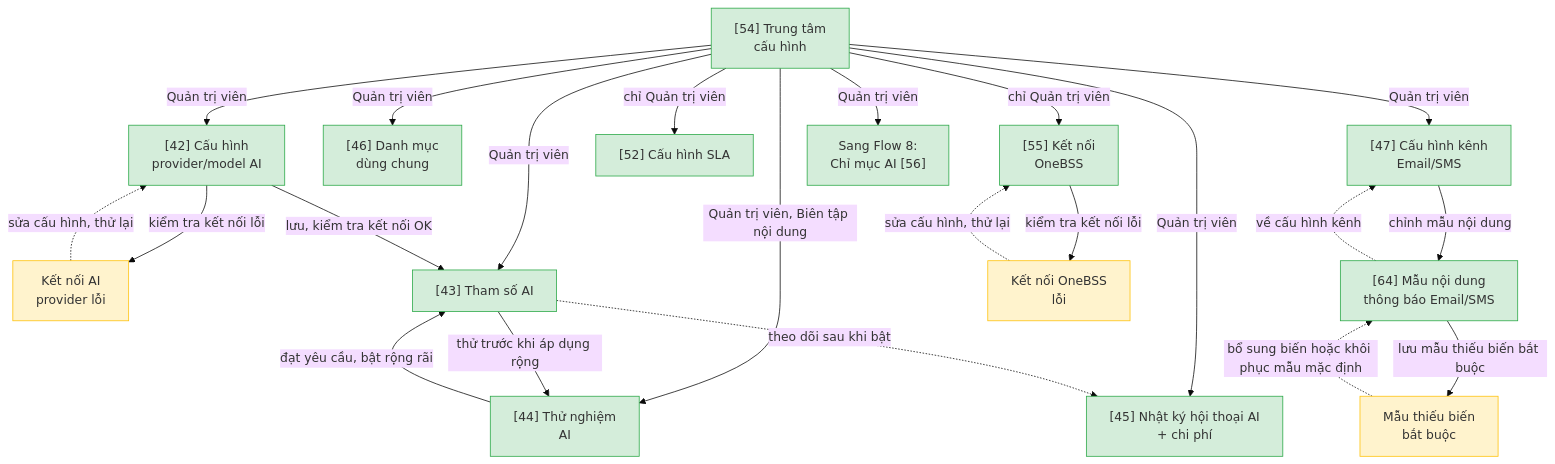
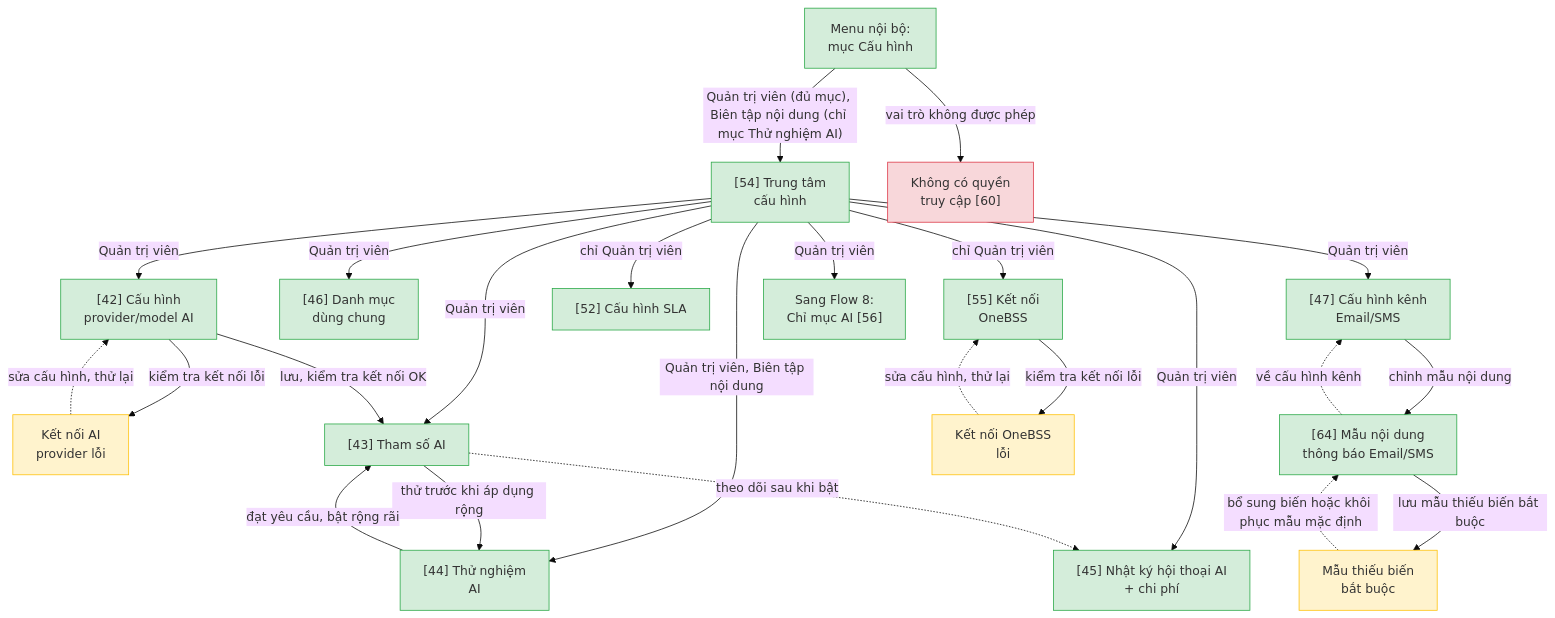
Before and after one commit to mynguyencnttpx-alt/workspace-vnpt-ioffice: the ninth of 12 diagrams in docs/ho-tro-cskh/srs/ho-tro-cskh-userflow.md, drawn with Mermaid (base theme). The commit also changed other lines of this file and 1 other file, not shown here.

Commit message:
Userflow và ASCII: thêm lối vào [54] Trung tâm cấu hình từ menu và lối quay về từ các màn cấu hình con

````diff
--- a/docs/ho-tro-cskh/srs/ho-tro-cskh-userflow.md
+++ b/docs/ho-tro-cskh/srs/ho-tro-cskh-userflow.md
@@ -353,47 +353,52 @@
 ```mermaid
 flowchart TD
+    f9menu["Menu nội bộ:<br/>mục Cấu hình"]
     f9hub["[54] Trung tâm<br/>cấu hình"]
+    f9403["Không có quyền<br/>truy cập [60]"]
     f9n1["[42] Cấu hình<br/>provider/model AI"]
     f9edge1["Kết nối AI<br/>provider lỗi"]
     f9n2["[43] Tham số AI"]
     f9n3["[44] Thử nghiệm<br/>AI"]
     f9n4["[45] Nhật ký hội thoại AI<br/>+ chi phí"]
     f9n5["[46] Danh mục<br/>dùng chung"]
     f9n6["[47] Cấu hình kênh<br/>Email/SMS"]
     f9n8["[52] Cấu hình SLA"]
     f9n9["[55] Kết nối<br/>OneBSS"]
     f9n10["[64] Mẫu nội dung<br/>thông báo Email/SMS"]
     f9edge2["Kết nối OneBSS<br/>lỗi"]
     f9edge3["Mẫu thiếu biến<br/>bắt buộc"]
     f9kb["Sang Flow 8:<br/>Chỉ mục AI [56]"]
 
+    f9menu -->|"Quản trị viên (đủ mục), Biên tập nội dung (chỉ mục Thử nghiệm AI)"| f9hub
+    f9menu -->|"vai trò không được phép"| f9403
     f9hub -->|"Quản trị viên"| f9n1
     f9hub -->|"Quản trị viên"| f9n2
     f9hub -->|"Quản trị viên, Biên tập nội dung"| f9n3
     f9hub -->|"Quản trị viên"| f9n4
     f9hub -->|"Quản trị viên"| f9n5
     f9hub -->|"Quản trị viên"| f9n6
     f9hub -->|"chỉ Quản trị viên"| f9n8
     f9hub -->|"chỉ Quản trị viên"| f9n9
     f9hub -->|"Quản trị viên"| f9kb
     f9n1 -->|"lưu, kiểm tra kết nối OK"| f9n2
     f9n1 -->|"kiểm tra kết nối lỗi"| f9edge1
     f9edge1 -.->|"sửa cấu hình, thử lại"| f9n1
     f9n2 -->|"thử trước khi áp dụng rộng"| f9n3
     f9n3 -->|"đạt yêu cầu, bật rộng rãi"| f9n2
     f9n2 -.->|"theo dõi sau khi bật"| f9n4
     f9n9 -->|"kiểm tra kết nối lỗi"| f9edge2
     f9edge2 -.->|"sửa cấu hình, thử lại"| f9n9
     f9n6 -->|"chỉnh mẫu nội dung"| f9n10
     f9n10 -.->|"về cấu hình kênh"| f9n6
     f9n10 -->|"lưu mẫu thiếu biến bắt buộc"| f9edge3
     f9edge3 -.->|"bổ sung biến hoặc khôi phục mẫu mặc định"| f9n10
 
     classDef happy fill:#d4edda,stroke:#28a745
     classDef error fill:#f8d7da,stroke:#dc3545
     classDef edge fill:#fff3cd,stroke:#ffc107
 
-    class f9hub,f9n1,f9n2,f9n3,f9n4,f9n5,f9n6,f9n8,f9n9,f9n10 happy
+    class f9menu,f9hub,f9n1,f9n2,f9n3,f9n4,f9n5,f9n6,f9n8,f9n9,f9n10 happy
     class f9edge1,f9edge2,f9edge3 edge
+    class f9403 error
     class f9kb happy
 ```
````
